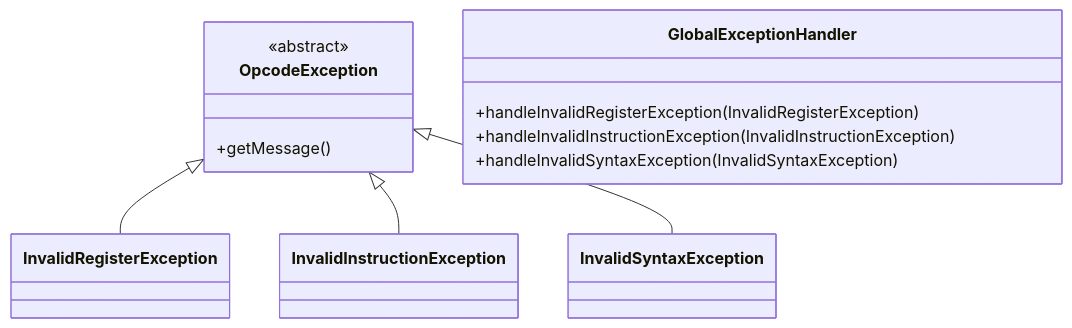
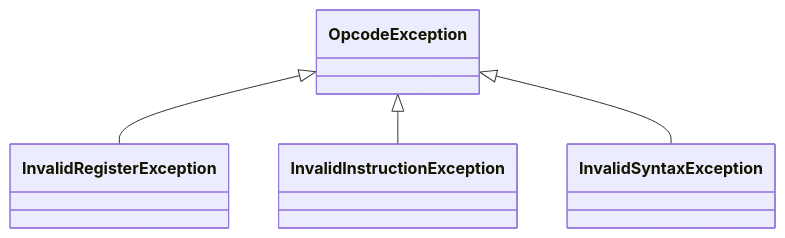
Before and after one commit to vinaysingri/opcode-ai: the fifth of 7 diagrams in memory-bank/systemPatterns.md, drawn with Mermaid. The commit also changed other lines of this file and 3 other files, not shown here.

````diff
--- a/memory-bank/systemPatterns.md
+++ b/memory-bank/systemPatterns.md
@@ -276,17 +96,6 @@
 ```mermaid
 classDiagram
-    class OpcodeException {
-        <<abstract>>
-        +getMessage()
-    }
-    
     OpcodeException <|-- InvalidRegisterException
     OpcodeException <|-- InvalidInstructionException
     OpcodeException <|-- InvalidSyntaxException
-    
-    class GlobalExceptionHandler {
-        +handleInvalidRegisterException(InvalidRegisterException)
-        +handleInvalidInstructionException(InvalidInstructionException)
-        +handleInvalidSyntaxException(InvalidSyntaxException)
-    }
 ```
````
